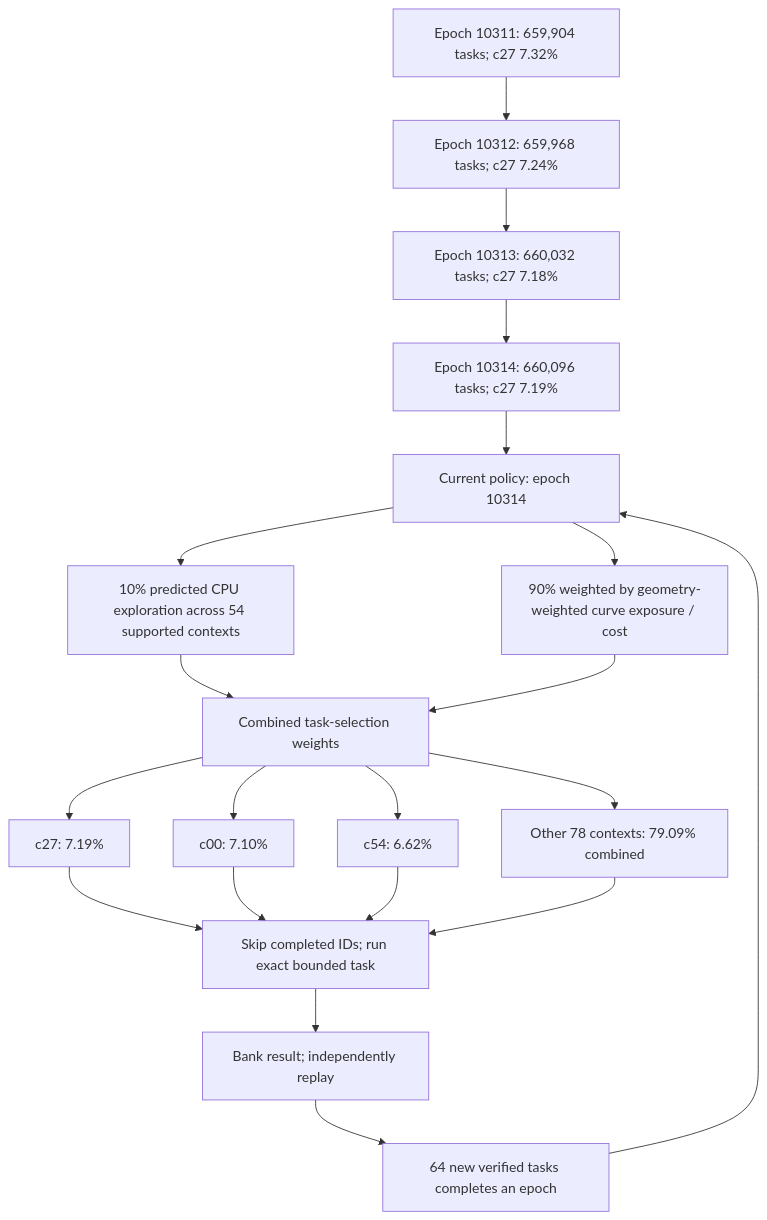
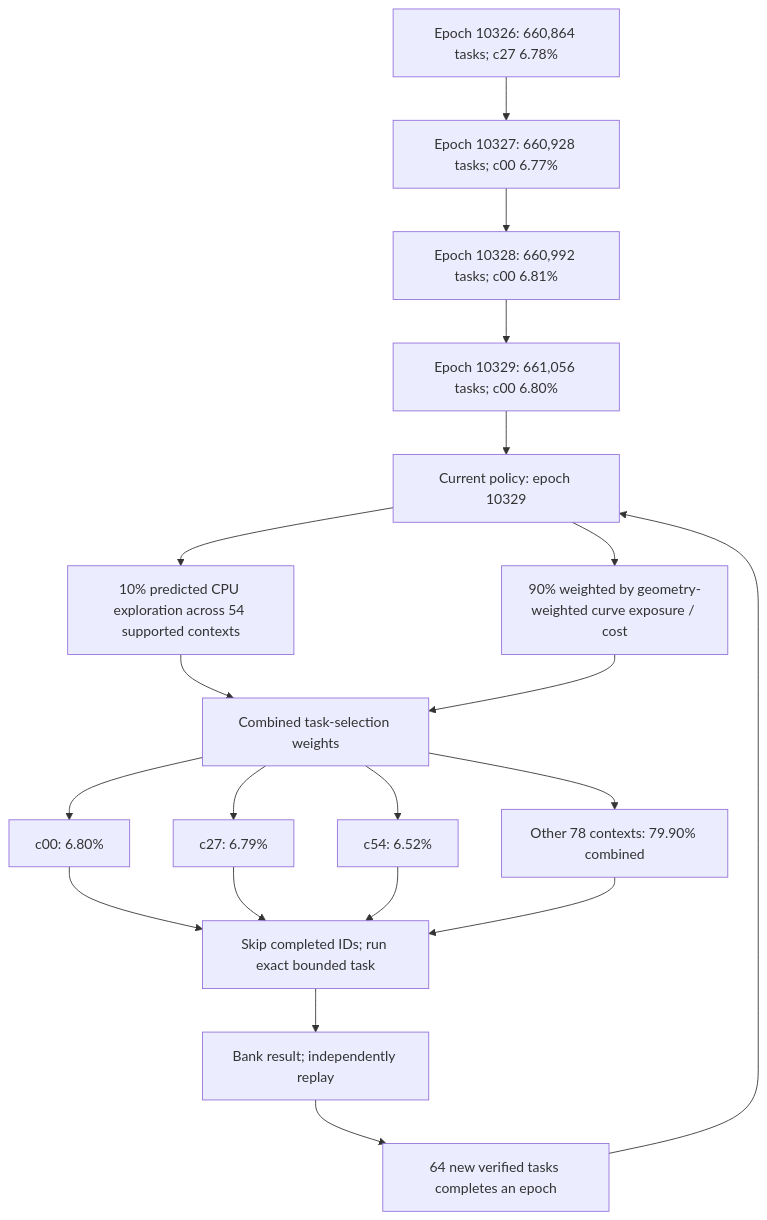
One commit to Kuberwastaken/math-gambling changed the first of 4 diagrams in README.md. Above: the diagram before and after it, drawn with Mermaid. The commit also changed other lines of this file and 2365 other files, not shown here.

````diff
--- a/README.md
+++ b/README.md
@@ -60,27 +60,27 @@
 ```mermaid
 flowchart TD
-    H0["Epoch 10311: 659,904 tasks; c27 7.32%"]
-    H1["Epoch 10312: 659,968 tasks; c27 7.24%"]
+    H0["Epoch 10326: 660,864 tasks; c27 6.78%"]
+    H1["Epoch 10327: 660,928 tasks; c00 6.77%"]
     H0 --> H1
-    H2["Epoch 10313: 660,032 tasks; c27 7.18%"]
+    H2["Epoch 10328: 660,992 tasks; c00 6.81%"]
     H1 --> H2
-    H3["Epoch 10314: 660,096 tasks; c27 7.19%"]
+    H3["Epoch 10329: 661,056 tasks; c00 6.80%"]
     H2 --> H3
-    Policy["Current policy: epoch 10314"]
+    Policy["Current policy: epoch 10329"]
     H3 --> Policy
     Policy --> Explore["10% predicted CPU exploration across 54 supported contexts"]
     Policy --> Cost["90% weighted by geometry-weighted curve exposure / cost"]
     Explore --> Mix["Combined task-selection weights"]
     Cost --> Mix
-    Mix --> C0["c27: 7.19%"]
-    Mix --> C1["c00: 7.10%"]
-    Mix --> C2["c54: 6.62%"]
-    Mix --> Rest["Other 78 contexts: 79.09% combined"]
+    Mix --> C0["c00: 6.80%"]
+    Mix --> C1["c27: 6.79%"]
+    Mix --> C2["c54: 6.52%"]
+    Mix --> Rest["Other 78 contexts: 79.90% combined"]
     C0 --> Check["Skip completed IDs; run exact bounded task"]
     C1 --> Check
     C2 --> Check
     Rest --> Check
     Check --> Replay["Bank result; independently replay"]
     Replay --> Gate["64 new verified tasks completes an epoch"]
     Gate --> Policy
 ```
````
